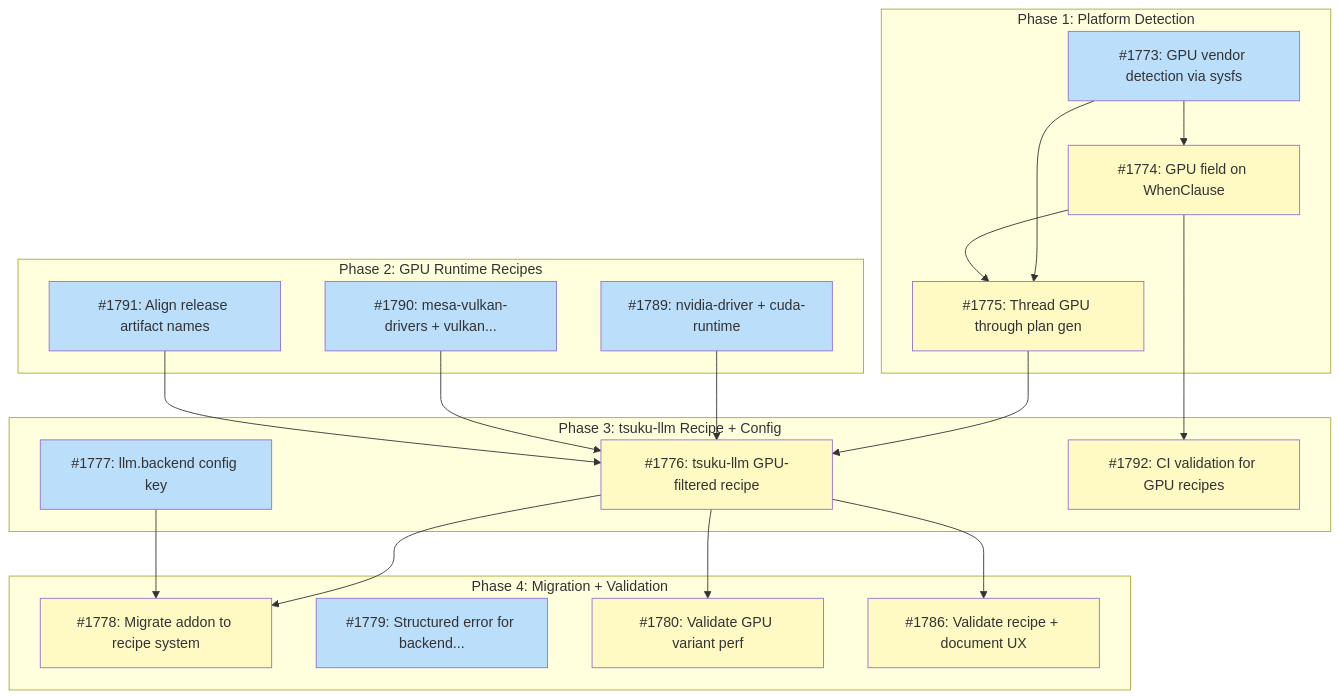
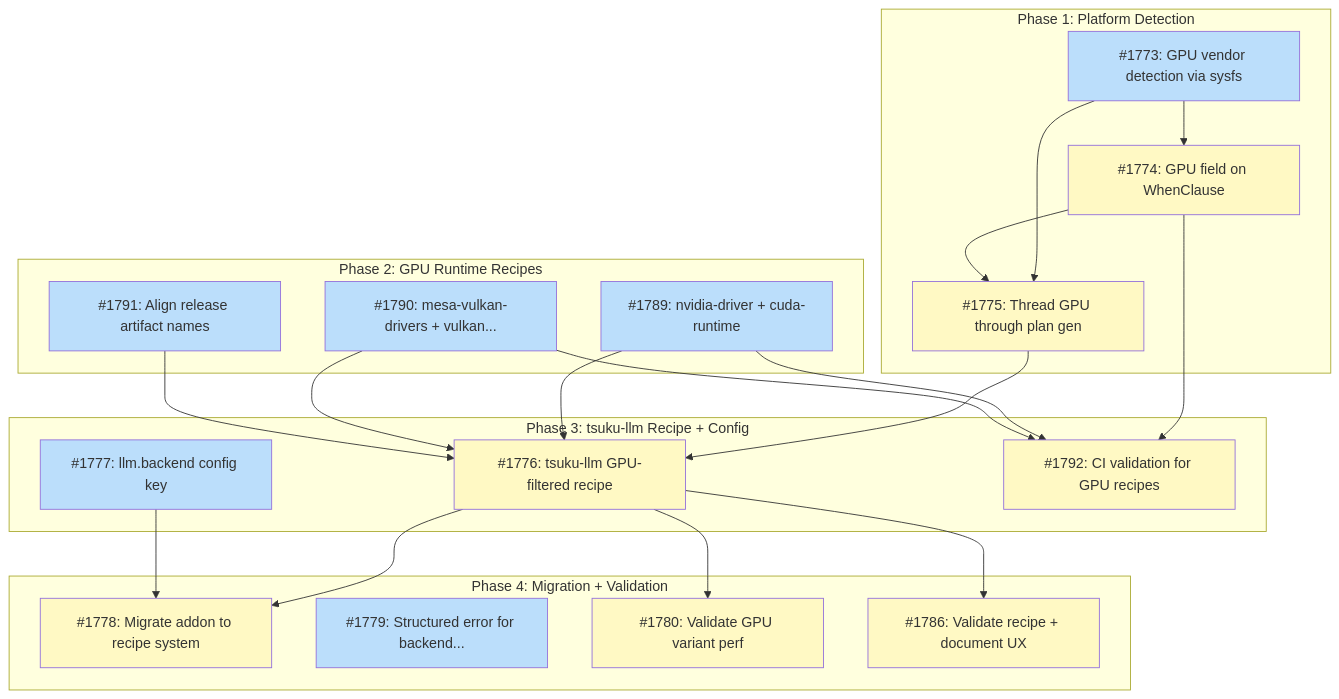
One commit to tsukumogami/tsuku changed the diagram in docs/designs/DESIGN-gpu-backend-selection.md. Above: the diagram before and after it, drawn with Mermaid. The commit also changed other lines of this file, not shown here.

Commit message:
docs(design): apply reviewer feedback to GPU implementation plan
- Add #1789 and #1790 as dependencies of #1792 (can't validate
  recipes that don't exist yet)
- Update #1792 table row with additional dependencies
- Update Mermaid diagram with new dependency edges

Applied from three-reviewer panel: architect (depCfg propagation gap),
pragmatic (scope checks), maintainer (CUDA version coupling, URL
stability). Issue bodies updated on GitHub for #1775, #1789, #1791,
#1792 with the accepted findings.

````diff
--- a/docs/designs/DESIGN-gpu-backend-selection.md
+++ b/docs/designs/DESIGN-gpu-backend-selection.md
@@ -72,49 +72,51 @@
 ```mermaid
 graph TD
     subgraph Phase1["Phase 1: Platform Detection"]
         I1773["#1773: GPU vendor detection via sysfs"]
         I1774["#1774: GPU field on WhenClause"]
         I1775["#1775: Thread GPU through plan gen"]
     end
 
     subgraph Phase2["Phase 2: GPU Runtime Recipes"]
         I1789["#1789: nvidia-driver + cuda-runtime"]
         I1790["#1790: mesa-vulkan-drivers + vulkan..."]
         I1791["#1791: Align release artifact names"]
     end
 
     subgraph Phase3["Phase 3: tsuku-llm Recipe + Config"]
         I1776["#1776: tsuku-llm GPU-filtered recipe"]
         I1777["#1777: llm.backend config key"]
         I1792["#1792: CI validation for GPU recipes"]
     end
 
     subgraph Phase4["Phase 4: Migration + Validation"]
         I1778["#1778: Migrate addon to recipe system"]
         I1779["#1779: Structured error for backend..."]
         I1780["#1780: Validate GPU variant perf"]
         I1786["#1786: Validate recipe + document UX"]
     end
 
     I1773 --> I1774
     I1773 --> I1775
     I1774 --> I1775
     I1774 --> I1792
+    I1789 --> I1792
+    I1790 --> I1792
     I1775 --> I1776
     I1789 --> I1776
     I1790 --> I1776
     I1791 --> I1776
     I1776 --> I1778
     I1777 --> I1778
     I1776 --> I1780
     I1776 --> I1786
 
     classDef done fill:#c8e6c9
     classDef ready fill:#bbdefb
     classDef blocked fill:#fff9c4
     classDef needsDesign fill:#e1bee7
     classDef tracksDesign fill:#FFE0B2,stroke:#F57C00,color:#000
 
     class I1773,I1777,I1779,I1789,I1790,I1791 ready
     class I1774,I1775,I1776,I1778,I1780,I1786,I1792 blocked
 ```
````
